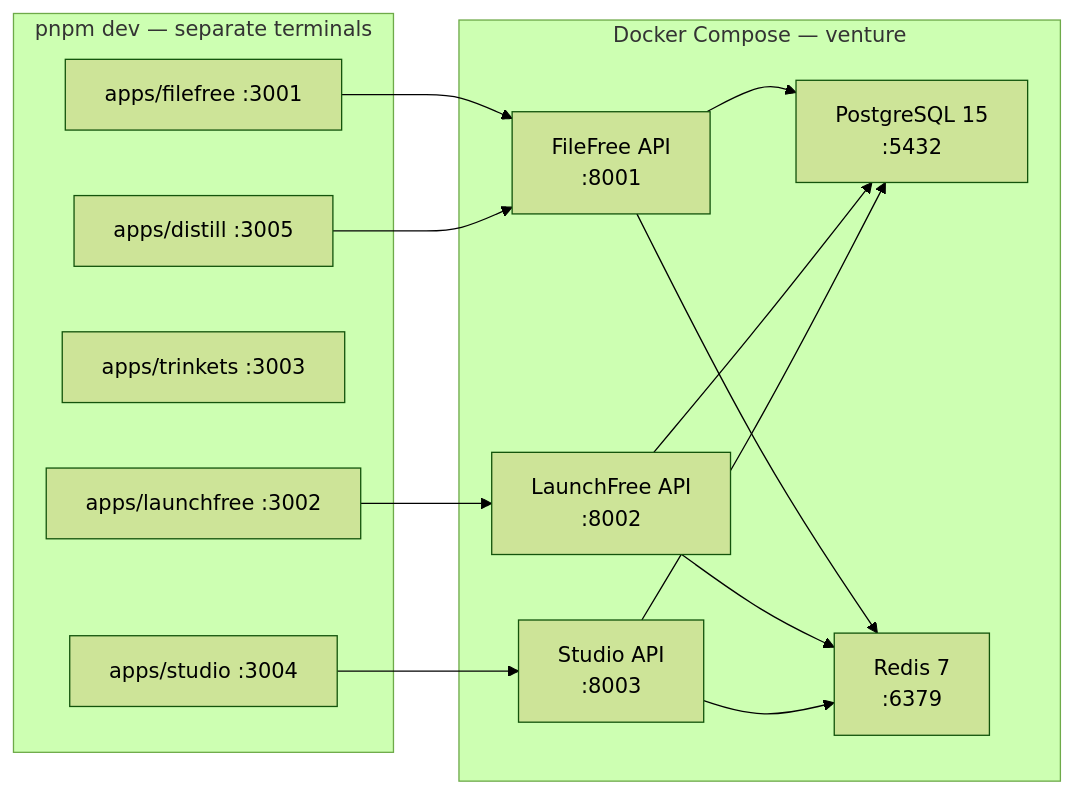
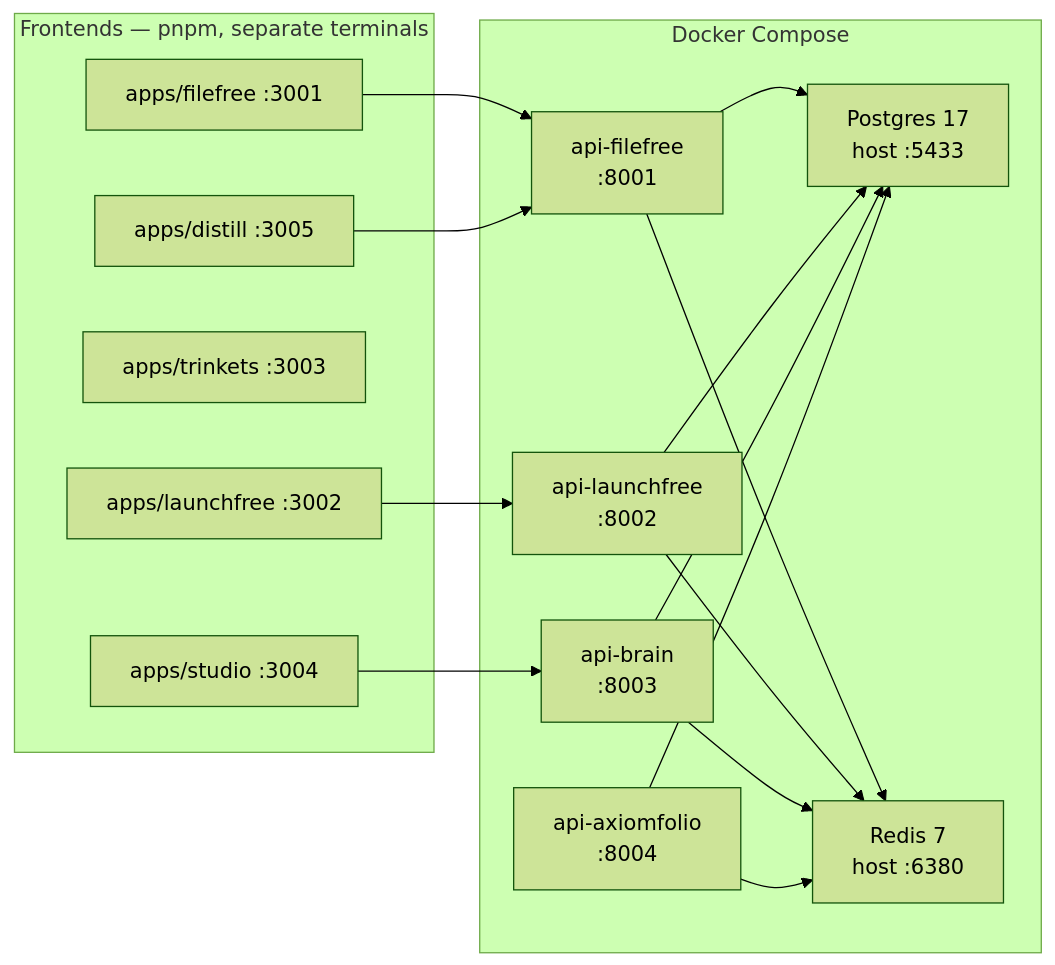
Before and after one commit to paperwork-labs/paperwork: diagram 12 of 12 in docs/ARCHITECTURE.md, drawn with Mermaid (forest theme). The commit also changed other lines of this file and 28 other files, not shown here.

First line of the commit message:
docs: phase 2 streamline — merges + crispness pass on PRD/ARCHITECTURE/BRAIN

````diff
--- a/docs/ARCHITECTURE.md
+++ b/docs/ARCHITECTURE.md
@@ -538,26 +564,28 @@
 ```mermaid
 graph LR
-    subgraph docker [Docker Compose — venture]
-        PG["PostgreSQL 15<br/>:5432"]
-        RD["Redis 7<br/>:6379"]
-        FFAPI["FileFree API<br/>:8001"]
-        LFAPI["LaunchFree API<br/>:8002"]
-        STAPI["Studio API<br/>:8003"]
+    subgraph docker [Docker Compose]
+        PG["Postgres 17<br/>host :5433"]
+        RD["Redis 7<br/>host :6380"]
+        FFAPI["api-filefree<br/>:8001"]
+        LFAPI["api-launchfree<br/>:8002"]
+        BRAPI["api-brain<br/>:8003"]
+        XFAPI["api-axiomfolio<br/>:8004"]
     end
 
-    subgraph apps [pnpm dev — separate terminals]
+    subgraph apps [Frontends — pnpm, separate terminals]
         FFWEB["apps/filefree :3001"]
         LFWEB["apps/launchfree :3002"]
         TRWEB["apps/trinkets :3003"]
         STWEB["apps/studio :3004"]
         DIWEB["apps/distill :3005"]
     end
 
     FFWEB --> FFAPI
     LFWEB --> LFAPI
     DIWEB --> FFAPI
-    STWEB --> STAPI
+    STWEB --> BRAPI
     FFAPI --> PG & RD
     LFAPI --> PG & RD
-    STAPI --> PG & RD
+    BRAPI --> PG & RD
+    XFAPI --> PG & RD
 ```
````
